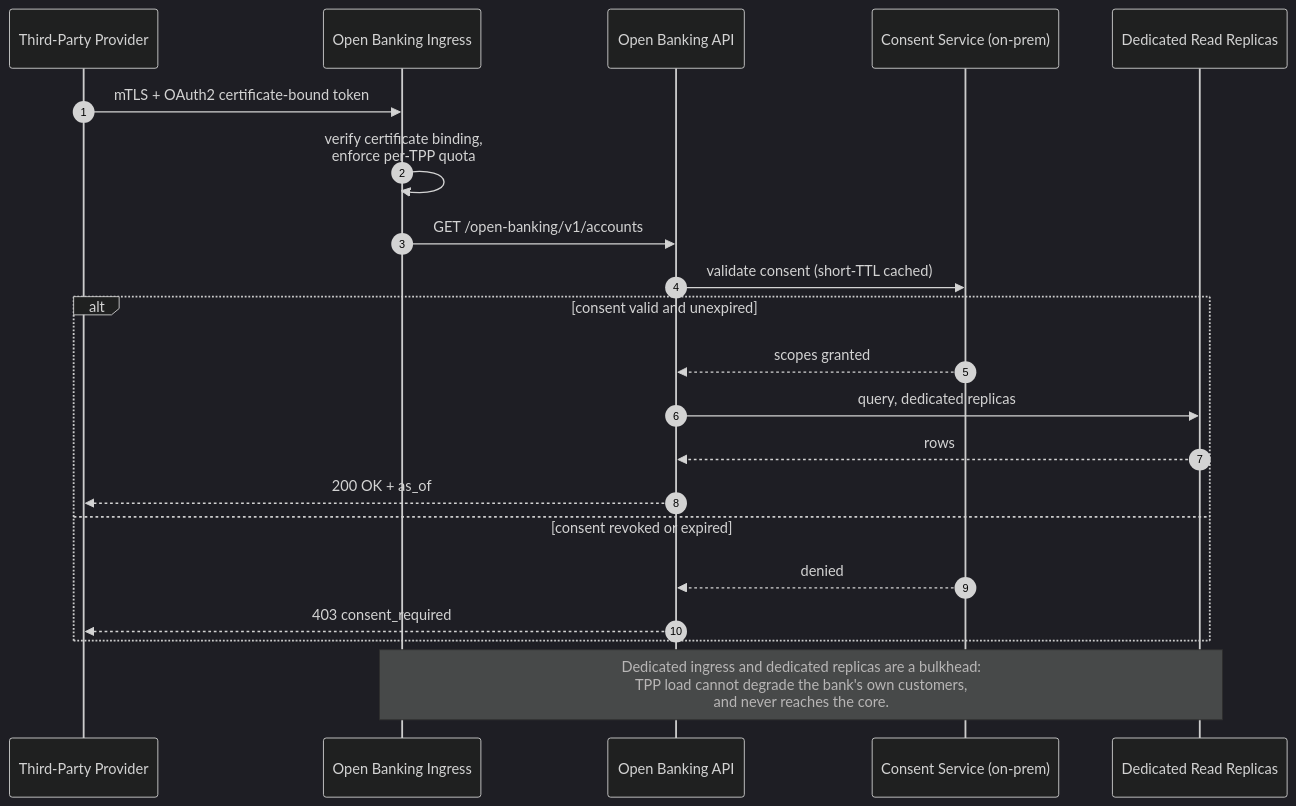
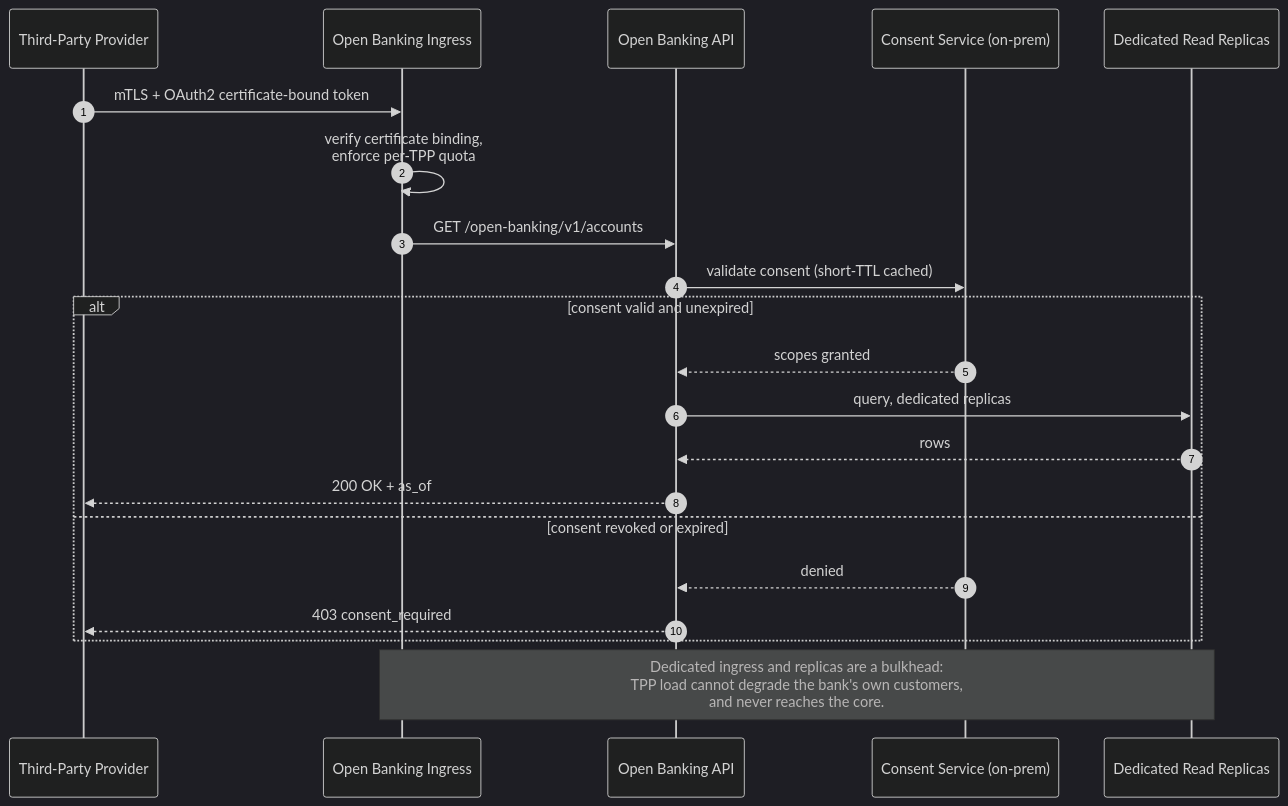
Before and after one commit to sunnydubey1111/neobank-digital-leap: diagram 11 of 15 in docs/solution/diagrams.md, drawn with Mermaid (dark theme). The commit also changed other lines of this file and 7 other files, not shown here.

````diff
--- a/docs/solution/diagrams.md
+++ b/docs/solution/diagrams.md
@@ -427,25 +542,25 @@
 ```mermaid
 sequenceDiagram
     autonumber
     participant T as Third-Party Provider
     participant OBGW as Open Banking Ingress
     participant OB as Open Banking API
     participant CO as Consent Service (on-prem)
     participant RR as Dedicated Read Replicas
 
     T->>OBGW: mTLS + OAuth2 certificate-bound token
     OBGW->>OBGW: verify certificate binding,<br/>enforce per-TPP quota
     OBGW->>OB: GET /open-banking/v1/accounts
     OB->>CO: validate consent (short-TTL cached)
     alt consent valid and unexpired
         CO-->>OB: scopes granted
         OB->>RR: query, dedicated replicas
         RR-->>OB: rows
         OB-->>T: 200 OK + as_of
     else consent revoked or expired
         CO-->>OB: denied
         OB-->>T: 403 consent_required
     end
 
-    Note over OBGW,RR: Dedicated ingress and dedicated replicas are a bulkhead:<br/>TPP load cannot degrade the bank's own customers,<br/>and never reaches the core.
+    Note over OBGW,RR: Dedicated ingress and replicas are a bulkhead:<br/>TPP load cannot degrade the bank's own customers,<br/>and never reaches the core.
 ```
````
